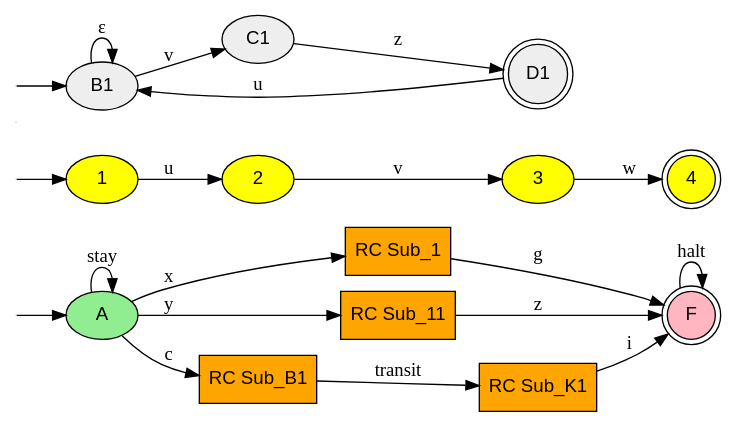
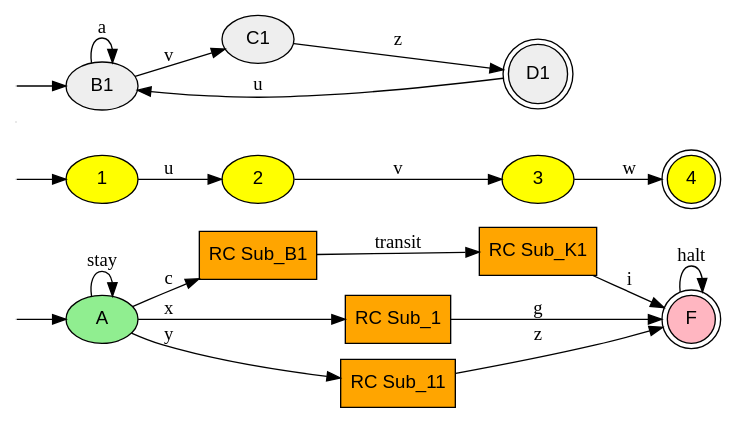
The diagram in VAF/example_factorized_automaton.dot (katsmil/dfa-to-fdfa), drawn with Graphviz before and after one commit. The commit also changed 1 other file, not shown here.

```diff
--- a/VAF/example_factorized_automaton.dot
+++ b/VAF/example_factorized_automaton.dot
@@ -1,52 +1,49 @@
 digraph G {
-  rankdir=LR;
-  node [fontname="Arial", style=filled]; // Standaard stijl voor alle knopen
-
-  __start0 [label="" shape=none width=0 height=0];
-  __start1 [label="" shape=none width=0 height=0];
-  __start2 [label="" shape=none width=0 height=0];
-  __start3 [label="" shape=none width=0 height=0];
-  
-  __start0 -> A;
-  
-  
-  A [fillcolor=lightgreen];
-  F [shape=doublecircle, fillcolor=lightpink];
-
-  // --- REGIO ALPHA (Grijze tint) ---
-  node [fillcolor="#eeeeee"]; 
-  sub_a_B1 [label="B1"]; sub_a_C1 [label="C1"]; sub_a_D1 [shape=doublecircle; label="D1"];
-
-  sub_a_B1 -> sub_a_C1 [label="v"];
-  sub_a_C1 -> sub_a_D1 [label="z"];
-  sub_a_D1 -> sub_a_B1 [label="u"];
-  sub_a_B1 -> sub_a_B1 [label="ε"];
-  __start3 -> sub_a_B1;
-  
-  RC_1 [shape=box, style=filled, fillcolor=orange, label="RC Sub_1"];
-  RC_11 [shape=box, style=filled, fillcolor=orange, label="RC Sub_11"];
-  RC_B1 [shape=box, style=filled, fillcolor=orange, label="RC Sub_B1"];
-  RC_M1 [shape=box, style=filled, fillcolor=orange, label="RC Sub_K1"];
-  
-  // ---REGIO ACYCLISCH ---
-  node [fillcolor="#FFFF00"];
-  1; 2; 3; 4[shape=doublecircle];
-  1 -> 2 [label="u"];
-  2 -> 3 [label="v"];
-  3 -> 4 [label="w"];
-  __start1 -> 1;
-  
-  // --- Verbindingen ---
-  node [fillcolor=white]; // Reset kleur voor rest
-  A -> RC_B1 [label="c"];
-  A -> RC_1 [label="x"];
-  A -> RC_11 [label="y"];
-  
-  RC_M1 -> F [label="i"];
-  RC_B1 -> RC_M1 [label="transit"];
-  RC_1 -> F [label="g"];
-  RC_11  -> F [label="z"];
-  
-  A  -> A  [label="stay"];
-  F  -> F  [label="halt"];
+    rankdir = LR;
+    node [fontname = "Arial"; style = filled;];
+    __start0 [label = "";shape = none;width = 0;height = 0;];
+    __start1 [label = "";shape = none;width = 0;height = 0;];
+    __start2 [label = "";shape = none;width = 0;height = 0;];
+    __start3 [label = "";shape = none;width = 0;height = 0;];
+    __start0 -> A;
+    A [fillcolor = lightgreen;ordering = out;];
+    F [shape = doublecircle;fillcolor = lightpink;];
+    
+    // --- REGIO ALPHA (Grijze tint) ---
+    node [fillcolor = "#eeeeee";];
+    sub_a_B1 [label = "B1";];
+    sub_a_C1 [label = "C1";];
+    sub_a_D1 [shape = doublecircle;label = "D1";];
+    sub_a_B1 -> sub_a_C1 [label = "v";];
+    sub_a_C1 -> sub_a_D1 [label = "z";];
+    sub_a_D1 -> sub_a_B1 [label = "u";];
+    sub_a_B1 -> sub_a_B1 [label = "a";];
+    __start3 -> sub_a_B1;
+    RC_1 [shape = box;style = filled;fillcolor = orange;label = "RC Sub_1";];
+    RC_11 [shape = box;style = filled;fillcolor = orange;label = "RC Sub_11";];
+    RC_B1 [shape = box;style = filled;fillcolor = orange;label = "RC Sub_B1";];
+    RC_M1 [shape = box;style = filled;fillcolor = orange;label = "RC Sub_K1";];
+    
+    // ---REGIO ACYCLISCH ---
+    node [fillcolor = "#FFFF00";];
+    1;
+    2;
+    3;
+    4 [shape = doublecircle;];
+    1 -> 2 [label = "u";];
+    2 -> 3 [label = "v";];
+    3 -> 4 [label = "w";];
+    __start1 -> 1;
+    
+    // --- Verbindingen ---
+    node [fillcolor = white;];
+    A -> RC_B1 [label = "c";];
+    RC_B1 -> RC_M1 [label = "transit";];
+    RC_M1 -> F [label = "i";];
+    A -> RC_1 [label = "x";];
+    A -> RC_11 [label = "y";];
+    RC_1 -> F [label = "g";];
+    RC_11 -> F [label = "z";];
+    A -> A [label = "stay";];
+    F -> F [label = "halt";];
 }
```
